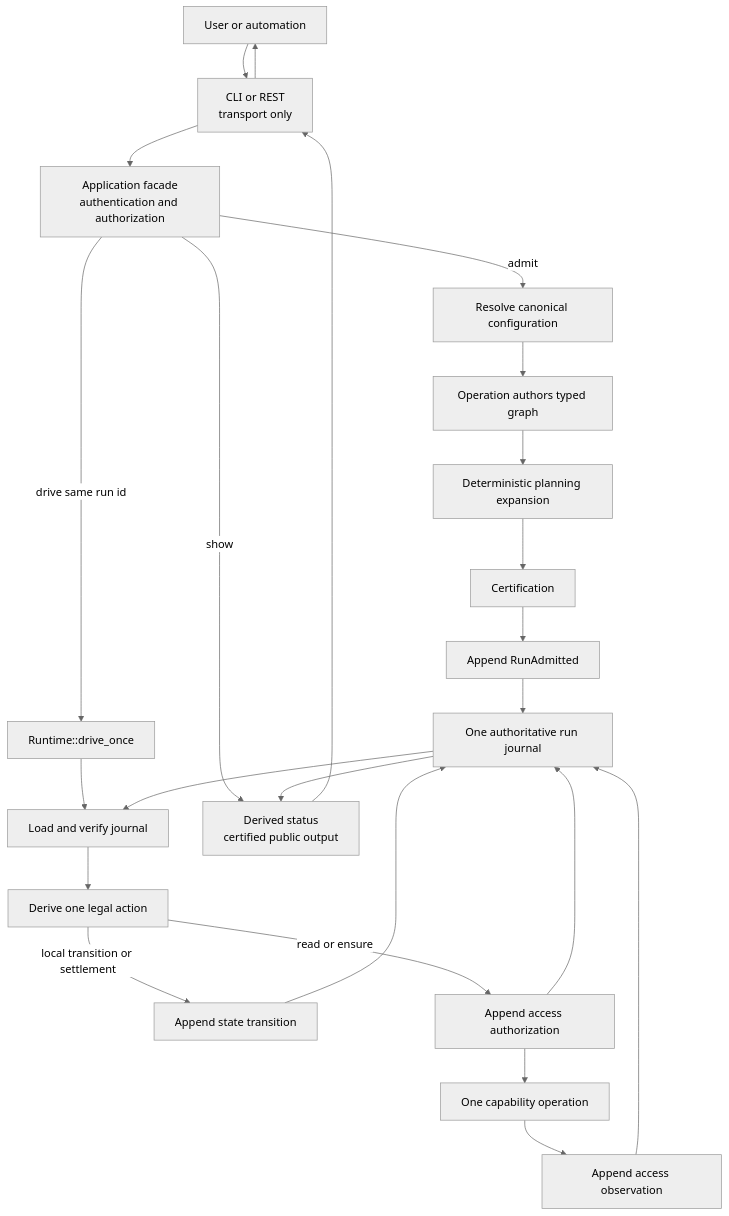
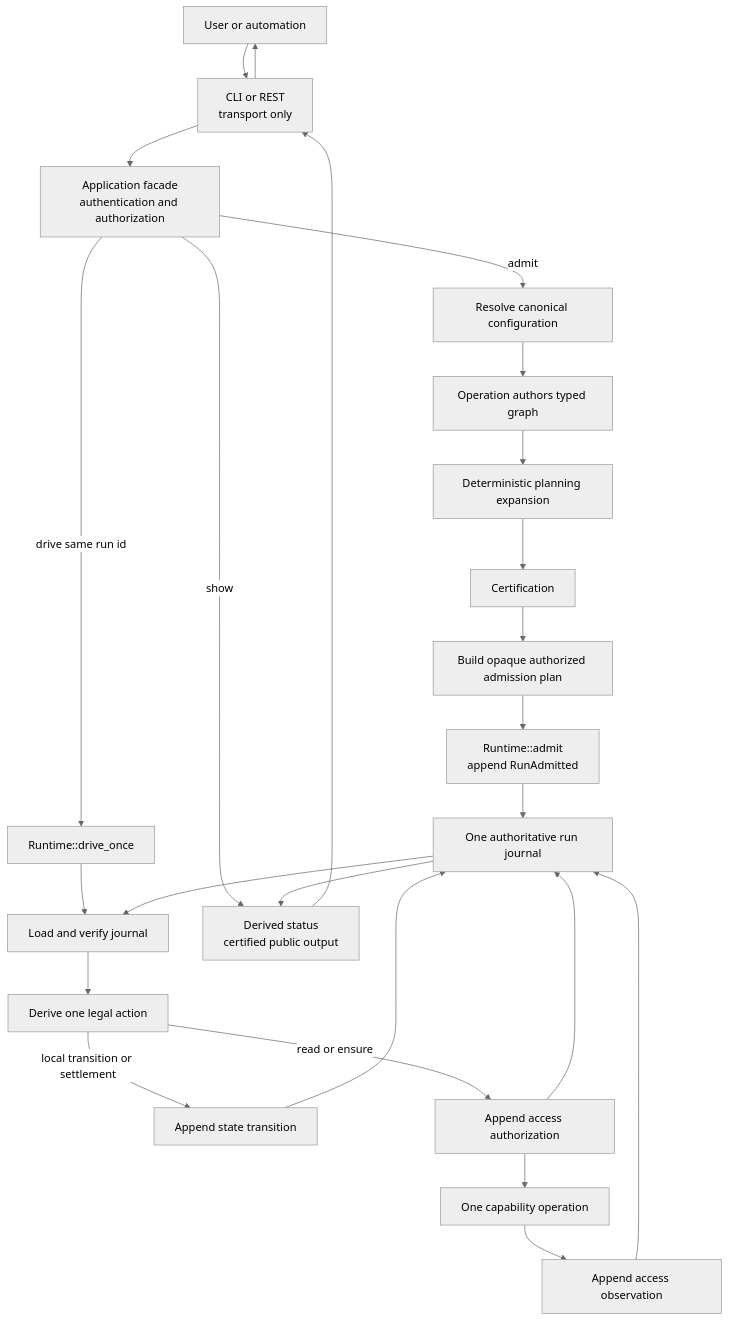
One commit to willyrgf/mfm changed the first of 8 diagrams in docs/run-execution.md. Above: the diagram before and after it, drawn with Mermaid (neutral theme). The commit also changed other lines of this file and 68 other files, not shown here.

Commit message:
rrtb: make runtime the only run history mutation path

````diff
--- a/docs/run-execution.md
+++ b/docs/run-execution.md
@@ -31,32 +31,33 @@
 ```mermaid
 flowchart TD
     U["User or automation"]
     T["CLI or REST<br/>transport only"]
     A["Application facade<br/>authentication and authorization"]
 
     U --> T --> A
 
     A -->|admit| C["Resolve canonical configuration"]
     C --> O["Operation authors typed graph"]
     O --> P["Deterministic planning expansion"]
     P --> CERT["Certification"]
-    CERT --> RA["Append RunAdmitted"]
+    CERT --> AP["Build opaque authorized admission plan"]
+    AP --> RA["Runtime::admit<br/>append RunAdmitted"]
 
     A -->|drive same run id| R["Runtime::drive_once"]
     R --> V["Load and verify journal"]
     V --> D["Derive one legal action"]
     D -->|local transition or settlement| ST["Append state transition"]
     D -->|read or ensure| AU["Append access authorization"]
     AU --> CAP["One capability operation"]
     CAP --> OB["Append access observation"]
 
     RA --> J["One authoritative run journal"]
     ST --> J
     AU --> J
     OB --> J
     J --> V
 
     A -->|show| OUT["Derived status<br/>certified public output"]
     J --> OUT
     OUT --> T --> U
 ```
````
